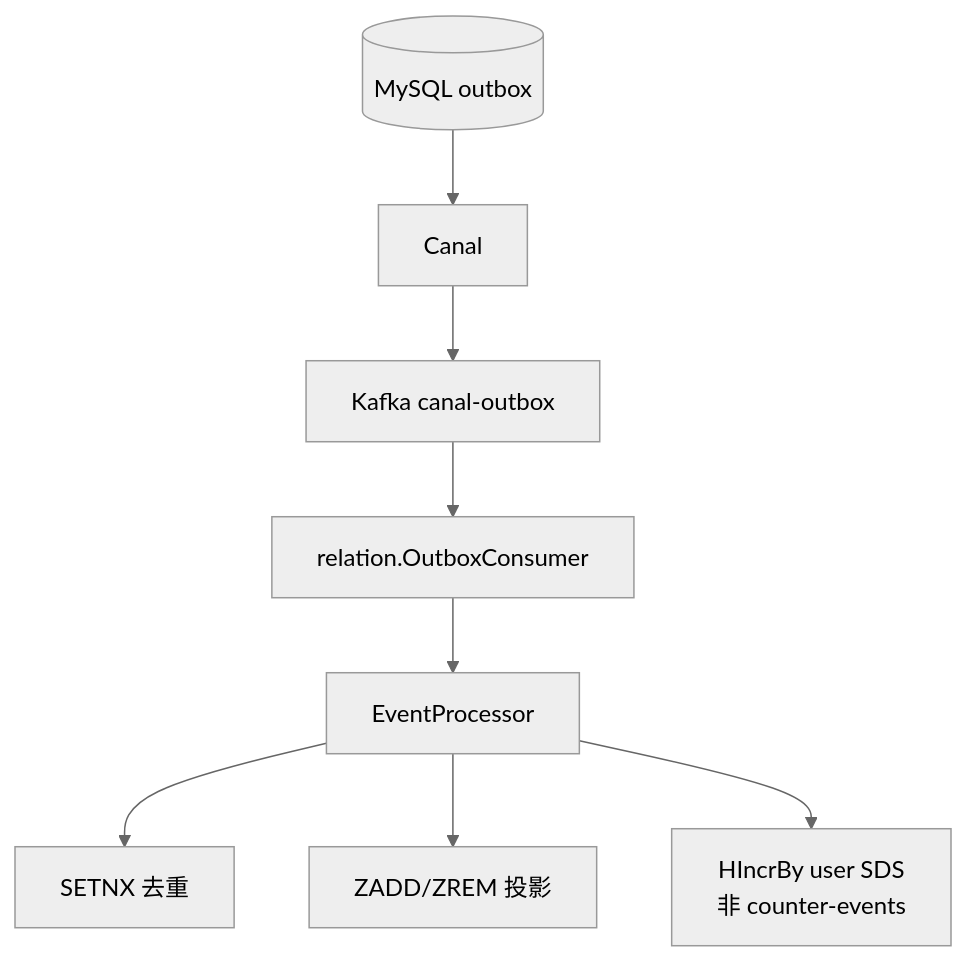
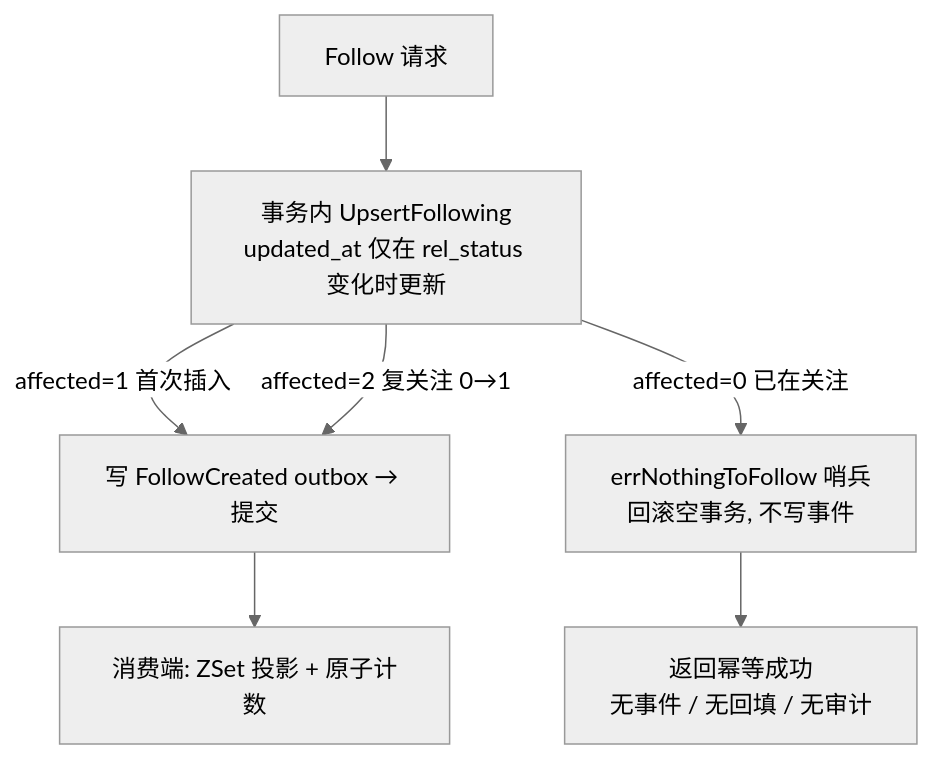
The seventh of 15 diagrams in docs/modules/06-关注关系与Feed扩散模块.md (bitladykiller/zhiguang_go), drawn with Mermaid (neutral theme) before and after one commit. The commit also changed other lines of this file and 99 other files, not shown here.

````diff
--- a/docs/modules/06-关注关系与Feed扩散模块.md
+++ b/docs/modules/06-关注关系与Feed扩散模块.md
@@ -209,10 +394,9 @@
 ```mermaid
 flowchart TD
-    A[(MySQL outbox)] --> B[Canal]
-    B --> C[Kafka canal-outbox]
-    C --> D[relation.OutboxConsumer]
-    D --> E[EventProcessor]
-    E --> F[SETNX 去重]
-    E --> G[ZADD/ZREM 投影]
-    E --> H[HIncrBy user SDS<br/>非 counter-events]
+    A[Follow 请求] --> B["事务内 UpsertFollowing<br/>updated_at 仅在 rel_status 变化时更新"]
+    B -->|"affected=1 首次插入"| E[写 FollowCreated outbox → 提交]
+    B -->|"affected=2 复关注 0→1"| E
+    B -->|"affected=0 已在关注"| S["errNothingToFollow 哨兵<br/>回滚空事务, 不写事件"]
+    S --> OK["返回幂等成功<br/>无事件 / 无回填 / 无审计"]
+    E --> C[消费端: ZSet 投影 + 原子计数]
 ```
````
